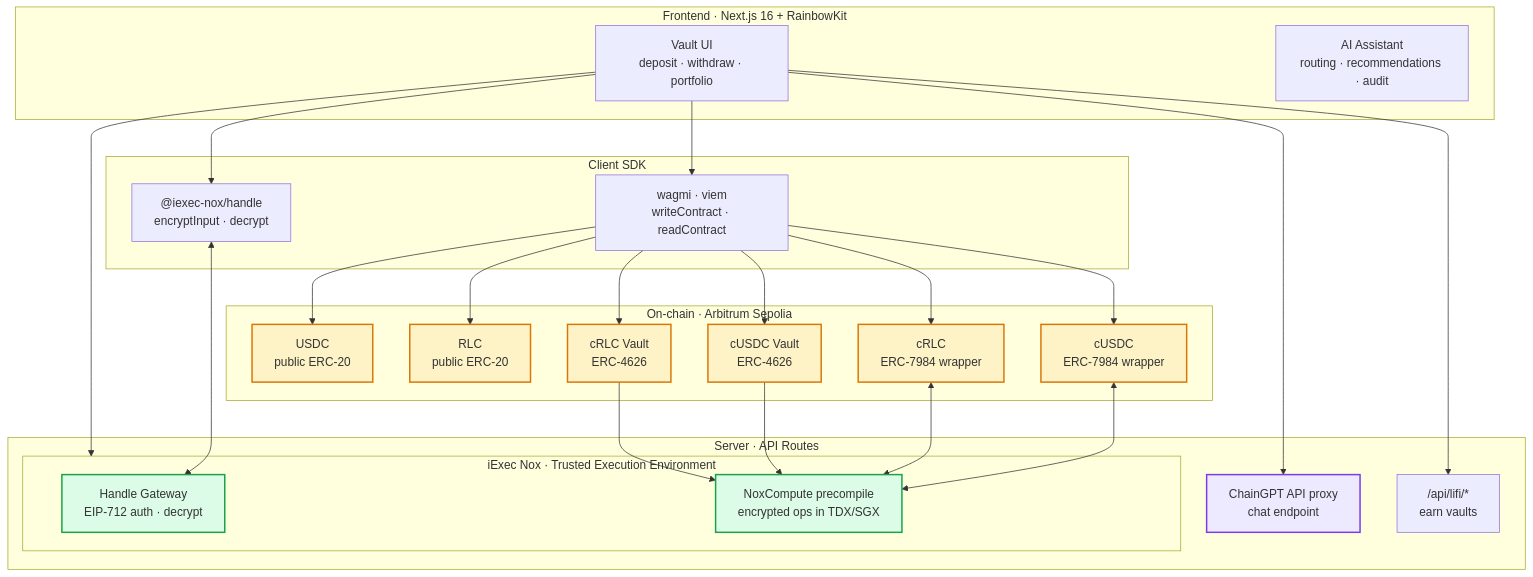
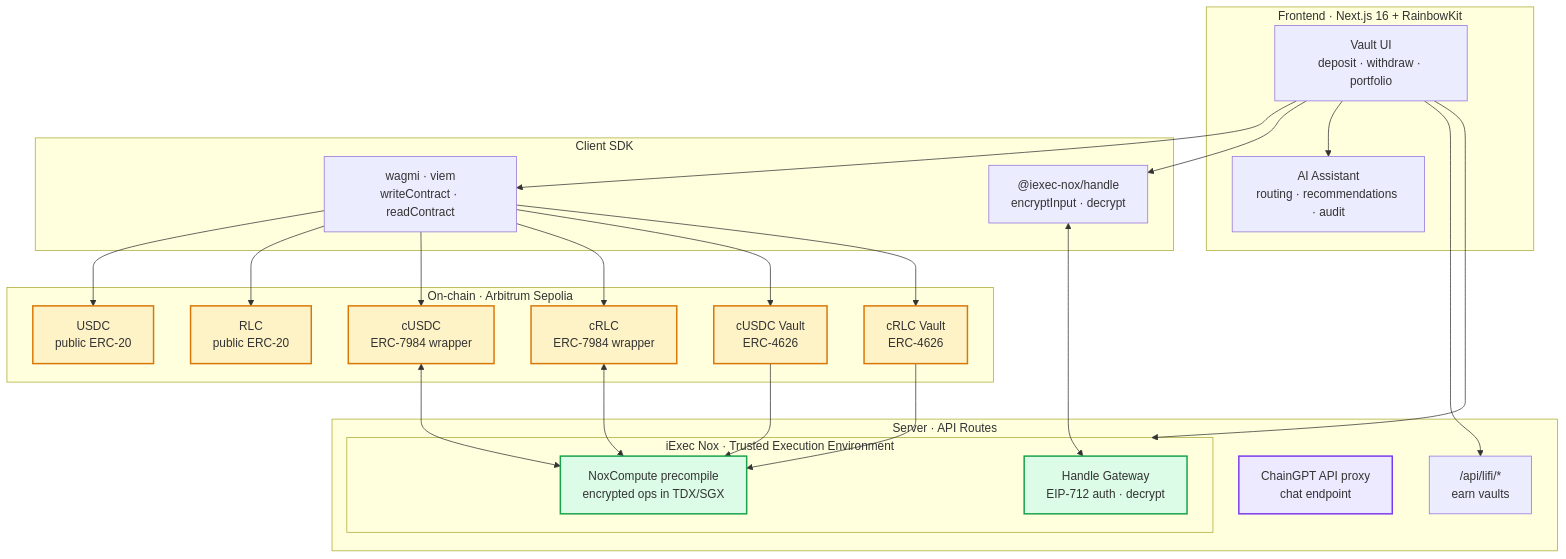
The first of 4 diagrams in README.md (maulana-tech/iEx-ai), drawn with Mermaid before and after one commit. The commit also changed other lines of this file, not shown here.

````diff
--- a/README.md
+++ b/README.md
@@ -103,56 +89,56 @@
 ```mermaid
 flowchart TB
     subgraph Frontend["Frontend · Next.js 16 + RainbowKit"]
         UI["Vault UI<br/>deposit · withdraw · portfolio"]
         AI["AI Assistant<br/>routing · recommendations · audit"]
     end
 
     subgraph SDK["Client SDK"]
         Handle["@iexec-nox/handle<br/>encryptInput · decrypt"]
         Wagmi["wagmi · viem<br/>writeContract · readContract"]
     end
 
     subgraph Server["Server · API Routes"]
         ChainGPT["ChainGPT API proxy<br/>chat endpoint"]
         Nox["/api/nox/*<br/>vaults, quote, meta, portfolio"]
         Lifi["/api/lifi/*<br/>earn vaults"]
     end
 
     subgraph Onchain["On-chain · Arbitrum Sepolia"]
         USDC["USDC<br/>public ERC-20"]
         RLC["RLC<br/>public ERC-20"]
         CUSDC["cUSDC<br/>ERC-7984 wrapper"]
         CRLC["cRLC<br/>ERC-7984 wrapper"]
         USDCVault["cUSDC Vault<br/>ERC-4626"]
         RLCVault["cRLC Vault<br/>ERC-4626"]
     end
 
     subgraph Nox["iExec Nox · Trusted Execution Environment"]
         Gateway["Handle Gateway<br/>EIP-712 auth · decrypt"]
         TEE["NoxCompute precompile<br/>encrypted ops in TDX/SGX"]
     end
 
     UI --> Wagmi
     UI --> Handle
-    UI --> ChainGPT
+    UI --> AI
     UI --> Nox
     UI --> Lifi
     Wagmi --> USDC
     Wagmi --> RLC
     Wagmi --> CUSDC
     Wagmi --> CRLC
     Wagmi --> USDCVault
     Wagmi --> RLCVault
     Handle <--> Gateway
     CUSDC <--> TEE
     CRLC <--> TEE
     USDCVault --> TEE
     RLCVault --> TEE
 
     classDef chain fill:#FEF3C7,stroke:#D97706,stroke-width:2px
     classDef nox fill:#DCFCE7,stroke:#16A34A,stroke-width:2px
-    classDef ai fill:#EDE9FE,stroke:#7C3AED,stroke-width:2px
+classDef ai fill:#EDE9FE,stroke:#7C3AED,stroke-width:2px
     class USDC,RLC,CUSDC,CRLC,USDCVault,RLCVault chain
     class Gateway,TEE nox
     class ChainGPT ai
 ```
````
